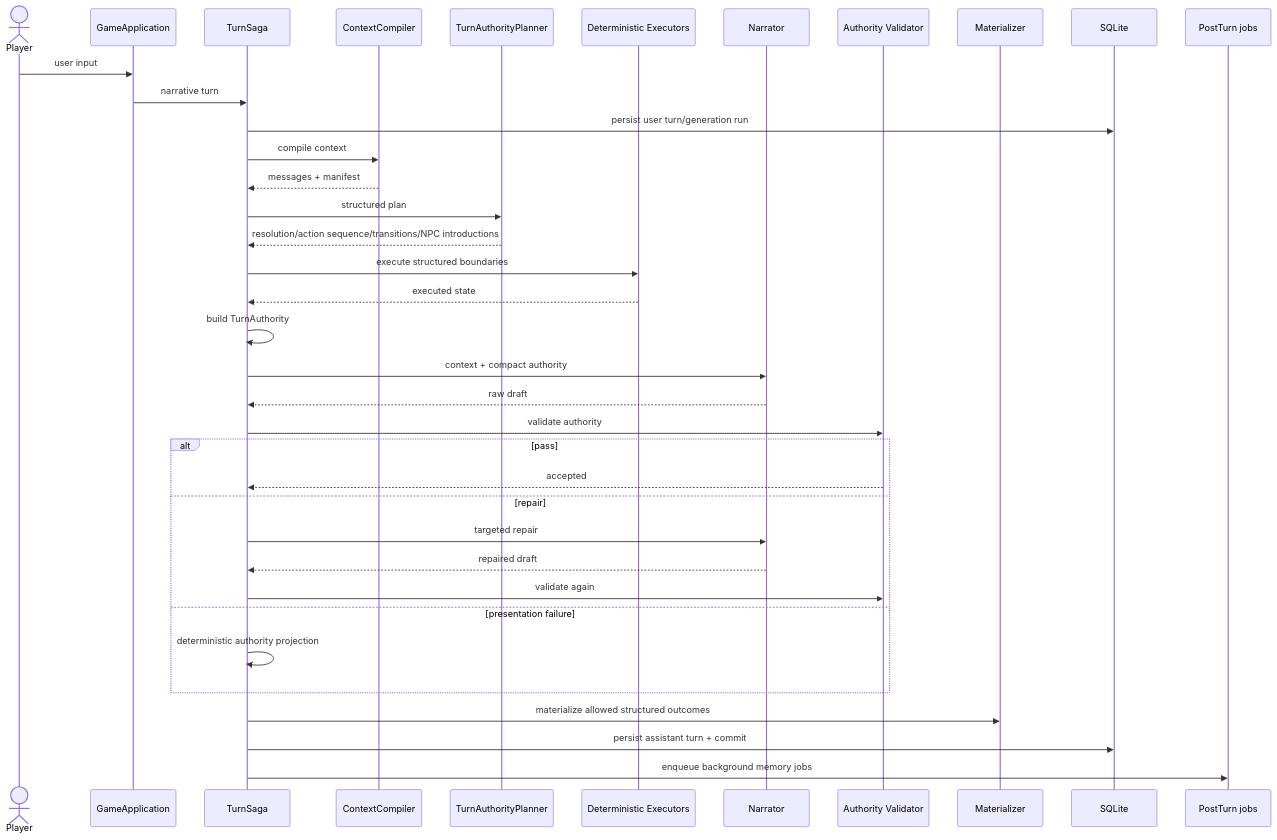
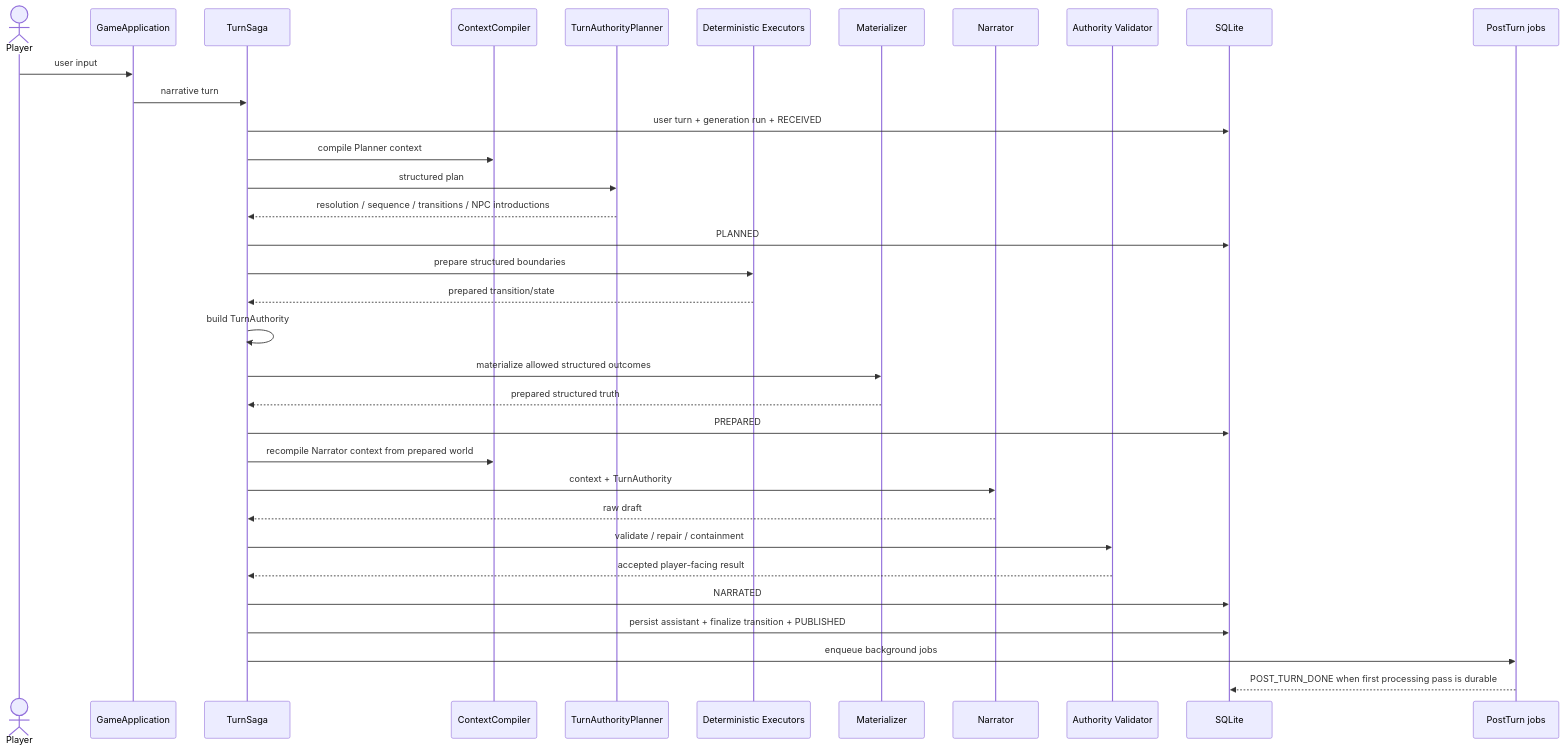
Before and after one commit to WizWiz2/personalDM: the third of 3 diagrams in docs/architecture/personal-dm-runtime.md, drawn with Mermaid. The commit also changed other lines of this file and 34 other files, not shown here.

First line of the commit message:
Architecture cleanup: explicit turn saga and runtime ownership (#132)

````diff
--- a/docs/architecture/personal-dm-runtime.md
+++ b/docs/architecture/personal-dm-runtime.md
@@ -102,40 +91,37 @@
 ```mermaid
 sequenceDiagram
     actor P as Player
     participant A as GameApplication
     participant T as TurnSaga
     participant C as ContextCompiler
     participant Pl as TurnAuthorityPlanner
     participant E as Deterministic Executors
+    participant M as Materializer
     participant N as Narrator
     participant V as Authority Validator
-    participant M as Materializer
     participant DB as SQLite
     participant PT as PostTurn jobs
 
     P->>A: user input
     A->>T: narrative turn
-    T->>DB: persist user turn/generation run
-    T->>C: compile context
-    C-->>T: messages + manifest
+    T->>DB: user turn + generation run + RECEIVED
+    T->>C: compile Planner context
     T->>Pl: structured plan
-    Pl-->>T: resolution/action sequence/transitions/NPC introductions
-    T->>E: execute structured boundaries
-    E-->>T: executed state
+    Pl-->>T: resolution / sequence / transitions / NPC introductions
+    T->>DB: PLANNED
+    T->>E: prepare structured boundaries
+    E-->>T: prepared transition/state
     T->>T: build TurnAuthority
-    T->>N: context + compact authority
+    T->>M: materialize allowed structured outcomes
+    M-->>T: prepared structured truth
+    T->>DB: PREPARED
+    T->>C: recompile Narrator context from prepared world
+    T->>N: context + TurnAuthority
     N-->>T: raw draft
-    T->>V: validate authority
-    alt pass
-      V-->>T: accepted
-    else repair
-      T->>N: targeted repair
-      N-->>T: repaired draft
-      T->>V: validate again
-    else presentation failure
-      T->>T: deterministic authority projection
-    end
-    T->>M: materialize allowed structured outcomes
-    T->>DB: persist assistant turn + commit
-    T->>PT: enqueue background memory jobs
+    T->>V: validate / repair / containment
+    V-->>T: accepted player-facing result
+    T->>DB: NARRATED
+    T->>DB: persist assistant + finalize transition + PUBLISHED
+    T->>PT: enqueue background jobs
+    PT-->>DB: POST_TURN_DONE when first processing pass is durable
 ```
````
